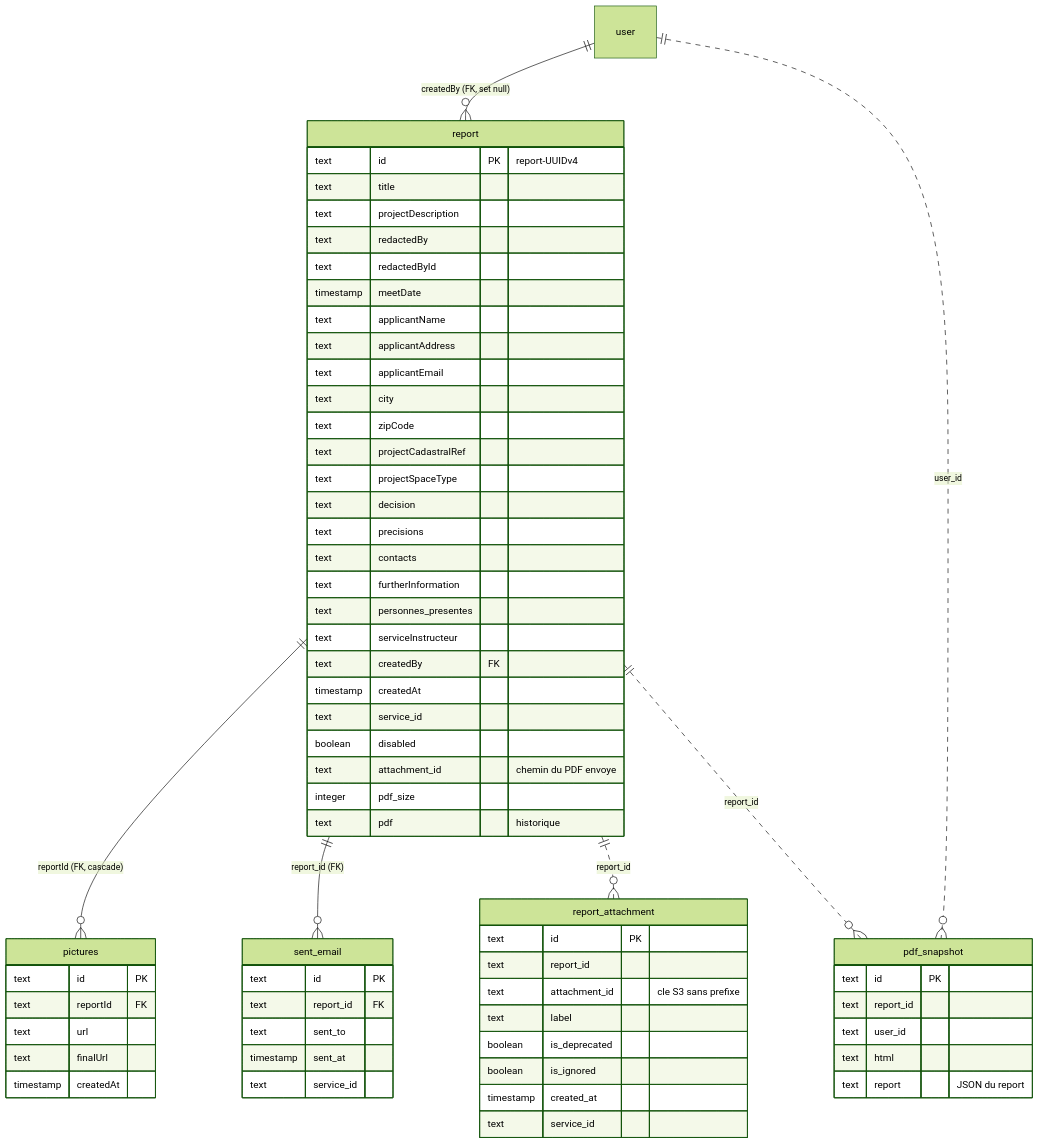
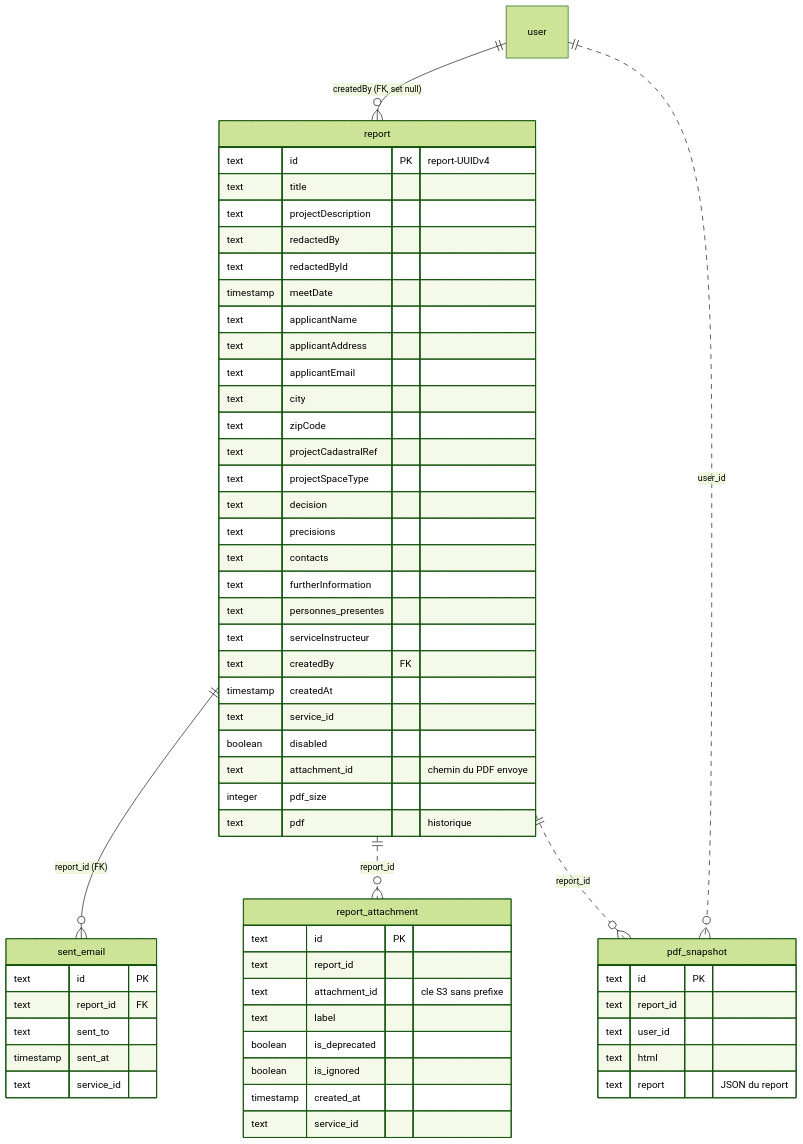
Before and after one commit to betagouv/patrinotes: the second of 4 diagrams in docs/06-modele-de-donnees.md, drawn with Mermaid (forest theme). The commit also changed other lines of this file and 18 other files, not shown here.

````diff
--- a/docs/06-modele-de-donnees.md
+++ b/docs/06-modele-de-donnees.md
@@ -137,69 +135,61 @@
 ```mermaid
 erDiagram
     user ||--o{ report : "createdBy (FK, set null)"
-    report ||--o{ pictures : "reportId (FK, cascade)"
     report ||--o{ sent_email : "report_id (FK)"
     report ||..o{ report_attachment : "report_id"
     report ||..o{ pdf_snapshot : "report_id"
     user ||..o{ pdf_snapshot : "user_id"
 
     report {
         text id PK "report-UUIDv4"
         text title
         text projectDescription
         text redactedBy
         text redactedById
         timestamp meetDate
         text applicantName
         text applicantAddress
         text applicantEmail
         text city
         text zipCode
         text projectCadastralRef
         text projectSpaceType
         text decision
         text precisions
         text contacts
         text furtherInformation
         text personnes_presentes
         text serviceInstructeur
         text createdBy FK
         timestamp createdAt
         text service_id
         boolean disabled
         text attachment_id "chemin du PDF envoye"
         integer pdf_size
         text pdf "historique"
     }
     report_attachment {
         text id PK
         text report_id
         text attachment_id "cle S3 sans prefixe"
         text label
         boolean is_deprecated
         boolean is_ignored
         timestamp created_at
         text service_id
     }
     pdf_snapshot {
         text id PK
         text report_id
         text user_id
         text html
         text report "JSON du report"
     }
     sent_email {
         text id PK
         text report_id FK
         text sent_to
         timestamp sent_at
         text service_id
     }
-    pictures {
-        text id PK
-        text reportId FK
-        text url
-        text finalUrl
-        timestamp createdAt
-    }
 ```
````
